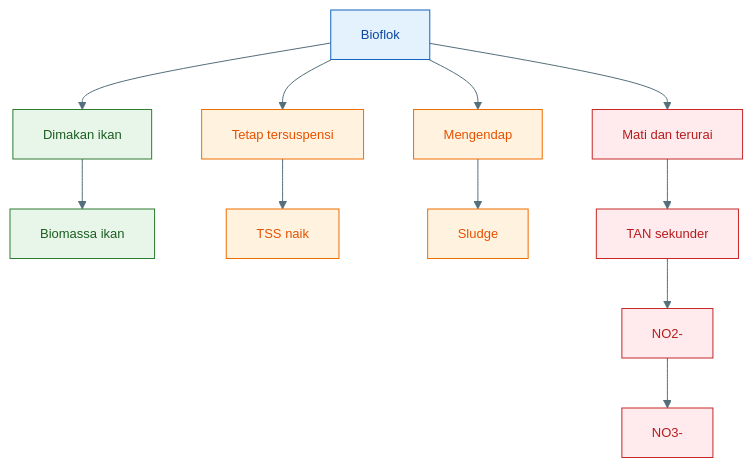
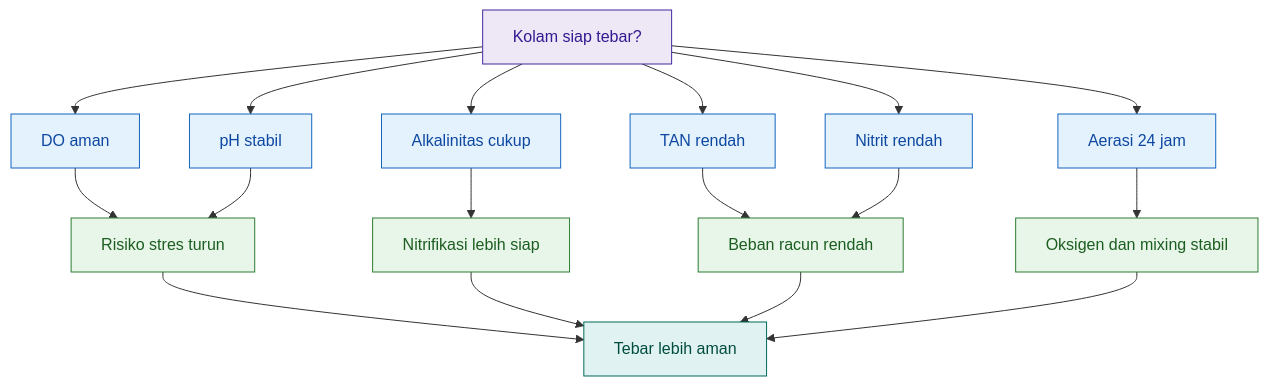
Diagram 14 of 22 in content/blog/agri/perikanan/ratio-cn-rendah-biflok.mdx (slametsampon/kawruhnology), drawn with Mermaid before and after one commit. The commit also changed other lines of this file, not shown here.

Commit message:
update ratio-cn-rendah

````diff
--- a/content/blog/agri/perikanan/ratio-cn-rendah-biflok.mdx
+++ b/content/blog/agri/perikanan/ratio-cn-rendah-biflok.mdx
@@ -2698,37 +1756,31 @@
-```mermaid id="nasib-flok-bioflok"
-%%{init: {'theme':'base','themeVariables':{
-'primaryColor':'#E3F2FD',
-'primaryTextColor':'#0D47A1',
-'primaryBorderColor':'#1565C0',
-'secondaryColor':'#E8F5E9',
-'secondaryTextColor':'#1B5E20',
-'secondaryBorderColor':'#2E7D32',
-'tertiaryColor':'#FFF3E0',
-'tertiaryTextColor':'#E65100',
-'tertiaryBorderColor':'#EF6C00',
-'lineColor':'#546E7A',
-'fontSize':'13px'
-}}}%%
+```mermaid id="fw521g"
 flowchart TD
-    A["Bioflok"] --> B["Dimakan ikan"]
-    A --> C["Tetap tersuspensi"]
-    A --> D["Mengendap"]
-    A --> E["Mati dan terurai"]
+    A["Kolam siap tebar?"] --> B["DO aman"]
+    A --> C["pH stabil"]
+    A --> D["Alkalinitas cukup"]
+    A --> E["TAN rendah"]
+    A --> F["Nitrit rendah"]
+    A --> G["Aerasi 24 jam"]
 
-    B --> F["Biomassa ikan"]
-    C --> G["TSS naik"]
-    D --> H["Sludge"]
-    E --> I["TAN sekunder"]
-    I --> J["NO2-"]
-    J --> K["NO3-"]
+    B --> H["Risiko stres turun"]
+    C --> H
+    D --> I["Nitrifikasi lebih siap"]
+    E --> J["Beban racun rendah"]
+    F --> J
+    G --> K["Oksigen dan mixing stabil"]
 
-    classDef flok fill:#E3F2FD,stroke:#1565C0,color:#0D47A1;
-    classDef manfaat fill:#E8F5E9,stroke:#2E7D32,color:#1B5E20;
-    classDef risiko fill:#FFF3E0,stroke:#EF6C00,color:#E65100;
-    classDef bahaya fill:#FFEBEE,stroke:#C62828,color:#B71C1C;
+    H --> L["Tebar lebih aman"]
+    I --> L
+    J --> L
+    K --> L
 
-    class A flok;
-    class B,F manfaat;
-    class C,D,G,H risiko;
-    class E,I,J,K bahaya;
+    classDef root fill:#ede7f6,stroke:#4527a0,color:#311b92;
+    classDef water fill:#e3f2fd,stroke:#1565c0,color:#0d47a1;
+    classDef microbe fill:#e8f5e9,stroke:#2e7d32,color:#1b5e20;
+    classDef safe fill:#e0f2f1,stroke:#00695c,color:#004d40;
+
+    class A root;
+    class B,C,D,E,F,G water;
+    class H,I,J,K microbe;
+    class L safe;
 ```
````
